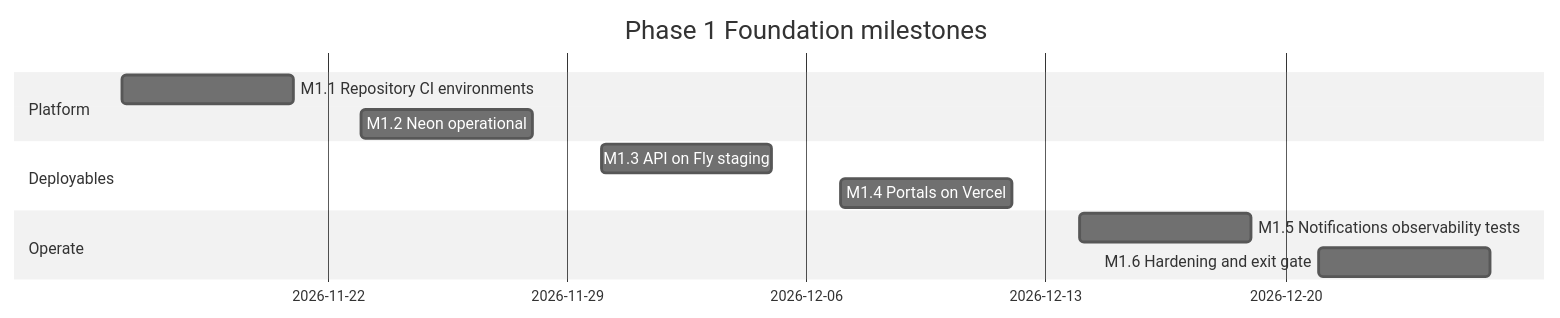
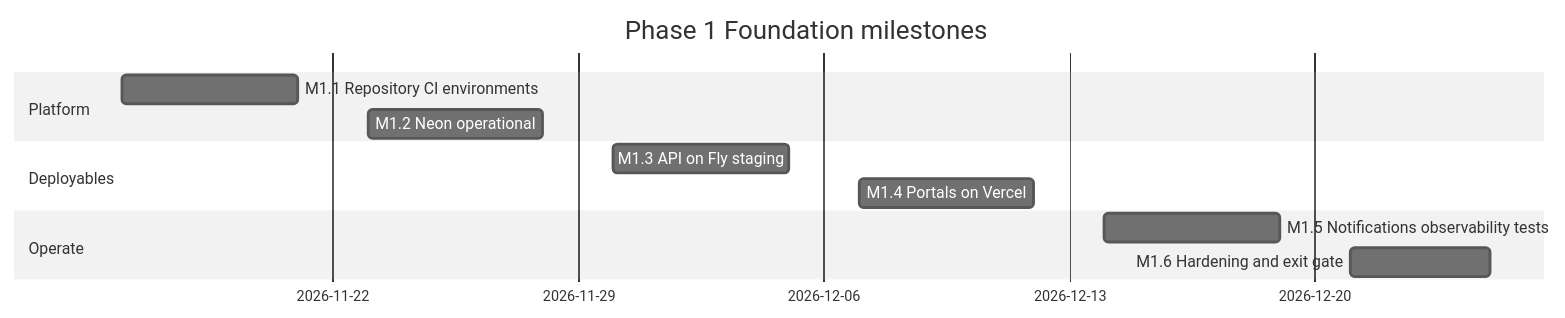
One commit to wouapit999/wouapit999 changed the first of 6 diagrams in docs/phases/phase-01-foundation.md. Above: the diagram before and after it, drawn with Mermaid (neutral theme). The commit also changed 3 other files, not shown here.

First line of the commit message:
docs(tools): add documentation checker (mermaid render, links, dates, sections)

````diff
--- a/docs/phases/phase-01-foundation.md
+++ b/docs/phases/phase-01-foundation.md
@@ -90,14 +90,14 @@
 ```mermaid
 gantt
   title Phase 1 Foundation milestones
   dateFormat YYYY-MM-DD
   section Platform
   M1.1 Repository CI environments       :m1, 2026-11-16, 2026-11-21
   M1.2 Neon operational                 :m2, 2026-11-23, 2026-11-28
   section Deployables
   M1.3 API on Fly staging               :m3, 2026-11-30, 2026-12-05
   M1.4 Portals on Vercel                :m4, 2026-12-07, 2026-12-12
   section Operate
   M1.5 Notifications observability tests :m5, 2026-12-14, 2026-12-19
-  M1.6 Hardening and exit gate          :m6, 2026-12-21, 2026-12-26
+  M1.6 Hardening and exit gate          :m6, 2026-12-21, 2026-12-25
 ```
````
